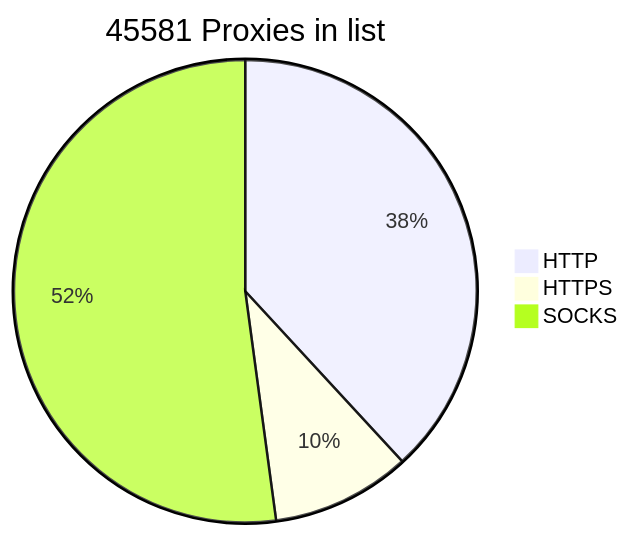
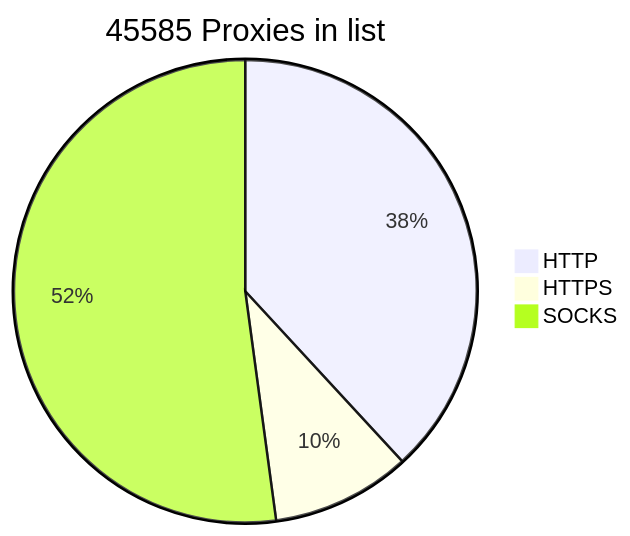
The diagram in README.md (BlackSnowDot/proxylist-update-every-minute), drawn with Mermaid before and after one commit.

````diff
--- a/README.md
+++ b/README.md
@@ -2,6 +2,6 @@
 ```mermaid
-pie title 45581 Proxies in list
+pie title 45585 Proxies in list
     "HTTP" : 18983
-    "HTTPS": 4843
-    "SOCKS" : 25949
+    "HTTPS": 4844
+    "SOCKS" : 25952
 ```
````
